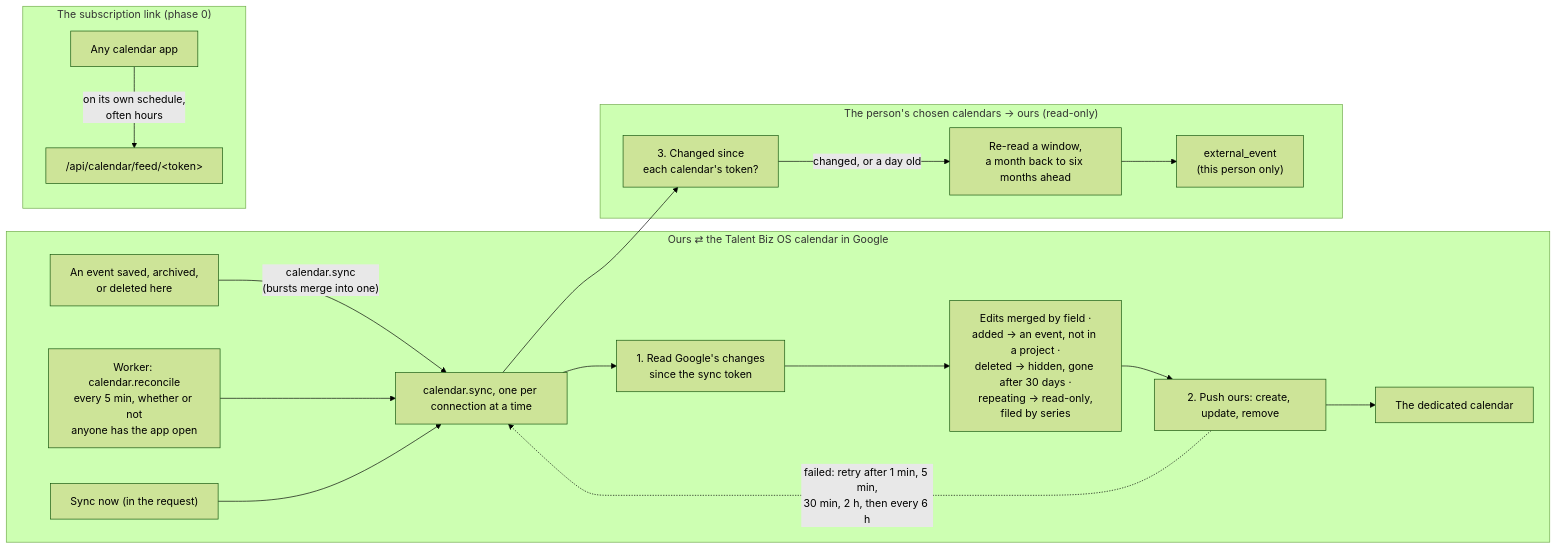
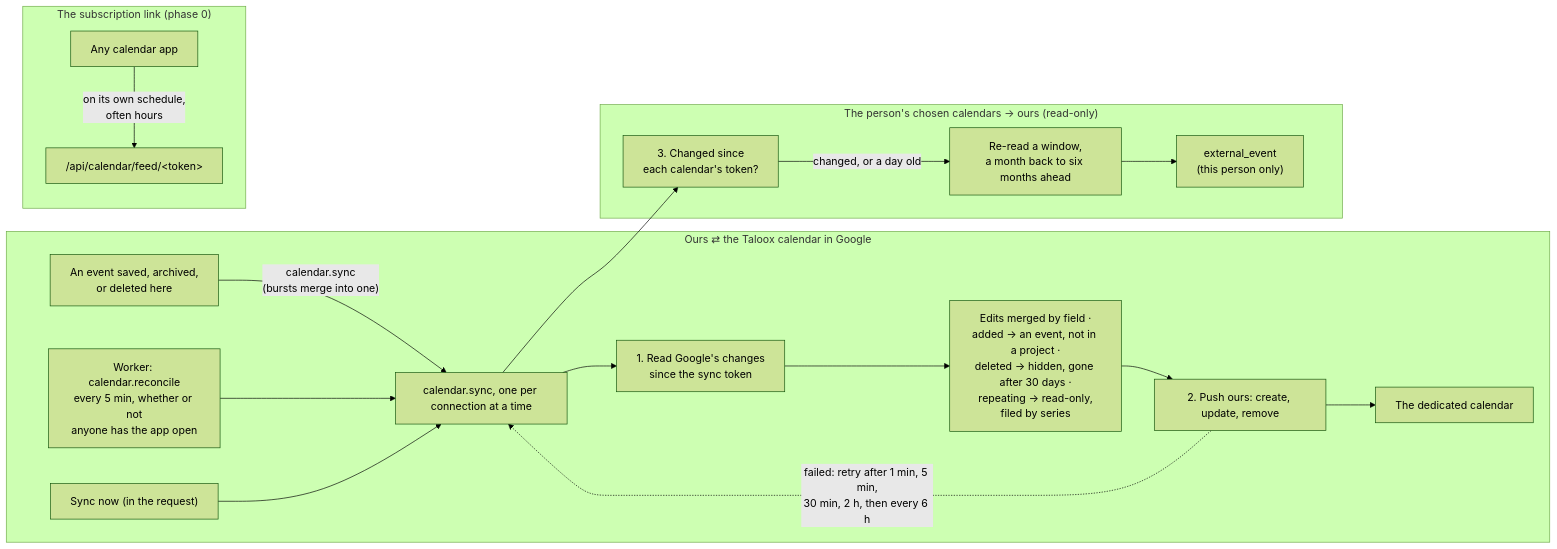
Before and after one commit to janiceyujie/talent_biz_os: the eighth of 10 diagrams in docs/system-map.md, drawn with Mermaid (forest theme). The commit also changed 22 other files, not shown here.

````diff
--- a/docs/system-map.md
+++ b/docs/system-map.md
@@ -312,23 +312,23 @@
 ```mermaid
 flowchart LR
-  subgraph Both["Ours ⇄ the Talent Biz OS calendar in Google"]
+  subgraph Both["Ours ⇄ the Taloox calendar in Google"]
     E["An event saved, archived,<br/>or deleted here"] -->|"calendar.sync<br/>(bursts merge into one)"| CS["calendar.sync, one per connection at a time"]
     REC["Worker: calendar.reconcile<br/>every 5 min, whether or not<br/>anyone has the app open"] --> CS
     SN["Sync now (in the request)"] --> CS
     CS --> RB["1. Read Google's changes<br/>since the sync token"]
     RB --> AP["Edits merged by field ·<br/>added → an event, not in a project ·<br/>deleted → hidden, gone after 30 days ·<br/>repeating → read-only,<br/>filed by series"]
     AP --> PU["2. Push ours: create, update, remove"]
     PU --> DC["The dedicated calendar"]
     PU -.->|"failed: retry after 1 min, 5 min,<br/>30 min, 2 h, then every 6 h"| CS
   end
 
   subgraph In["The person's chosen calendars → ours (read-only)"]
     CS --> CHK["3. Changed since<br/>each calendar's token?"]
     CHK -->|"changed, or a day old"| RD["Re-read a window,<br/>a month back to six months ahead"]
     RD --> EE["external_event<br/>(this person only)"]
   end
 
   subgraph Feed["The subscription link (phase 0)"]
     APP["Any calendar app"] -->|"on its own schedule,<br/>often hours"| ICS["/api/calendar/feed/&lt;token&gt;"]
   end
 ```
````
